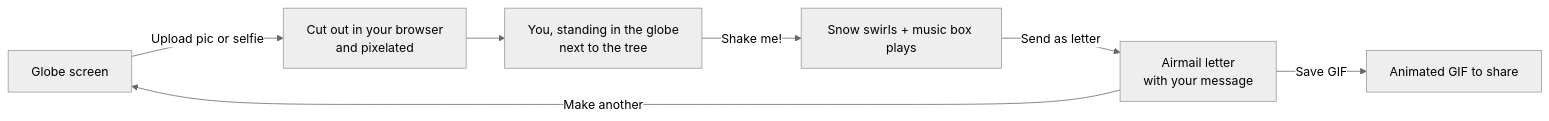
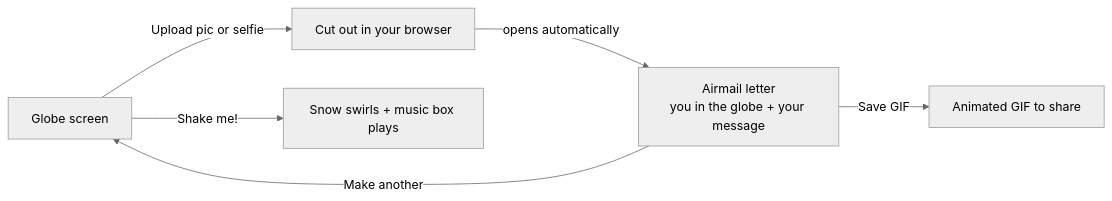
One commit to alyssasworld/christmas-letter changed the diagram in README.md. Above: the diagram before and after it, drawn with Mermaid (neutral theme). The commit also changed other lines of this file and 12 other files, not shown here.

````diff
--- a/README.md
+++ b/README.md
@@ -11,9 +13,8 @@
 ```mermaid
 flowchart LR
-    A[Globe screen] -->|Upload pic or selfie| B[Cut out in your browser<br/>and pixelated]
-    B --> C[You, standing in the globe<br/>next to the tree]
-    C -->|Shake me!| D[Snow swirls + music box plays]
-    D -->|Send as letter| E[Airmail letter<br/>with your message]
-    E -->|Save GIF| F[Animated GIF to share]
-    E -->|Make another| A
+    A[Globe screen] -->|Upload pic or selfie| B[Cut out in your browser]
+    B -->|opens automatically| C[Airmail letter<br/>you in the globe + your message]
+    A -->|Shake me!| D[Snow swirls + music box plays]
+    C -->|Save GIF| F[Animated GIF to share]
+    C -->|Make another| A
 ```
````
